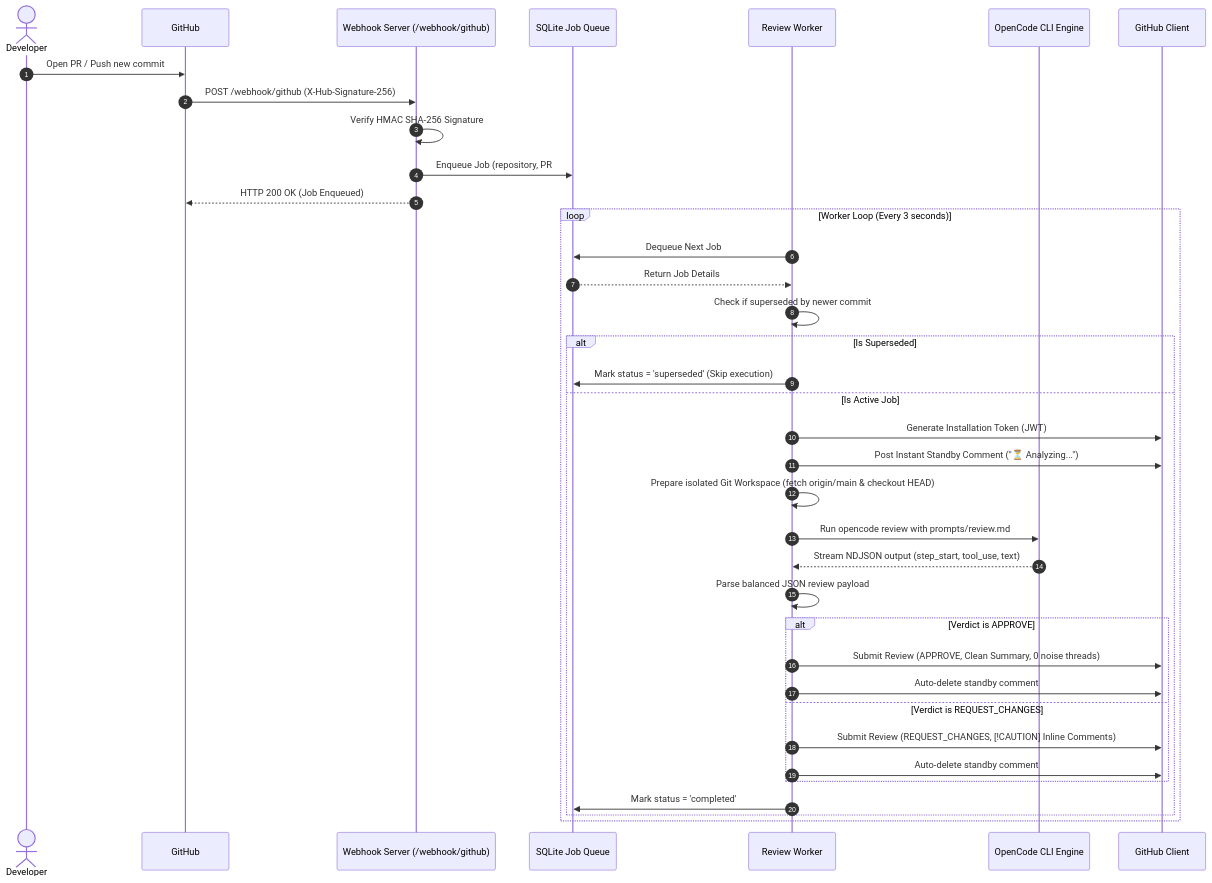
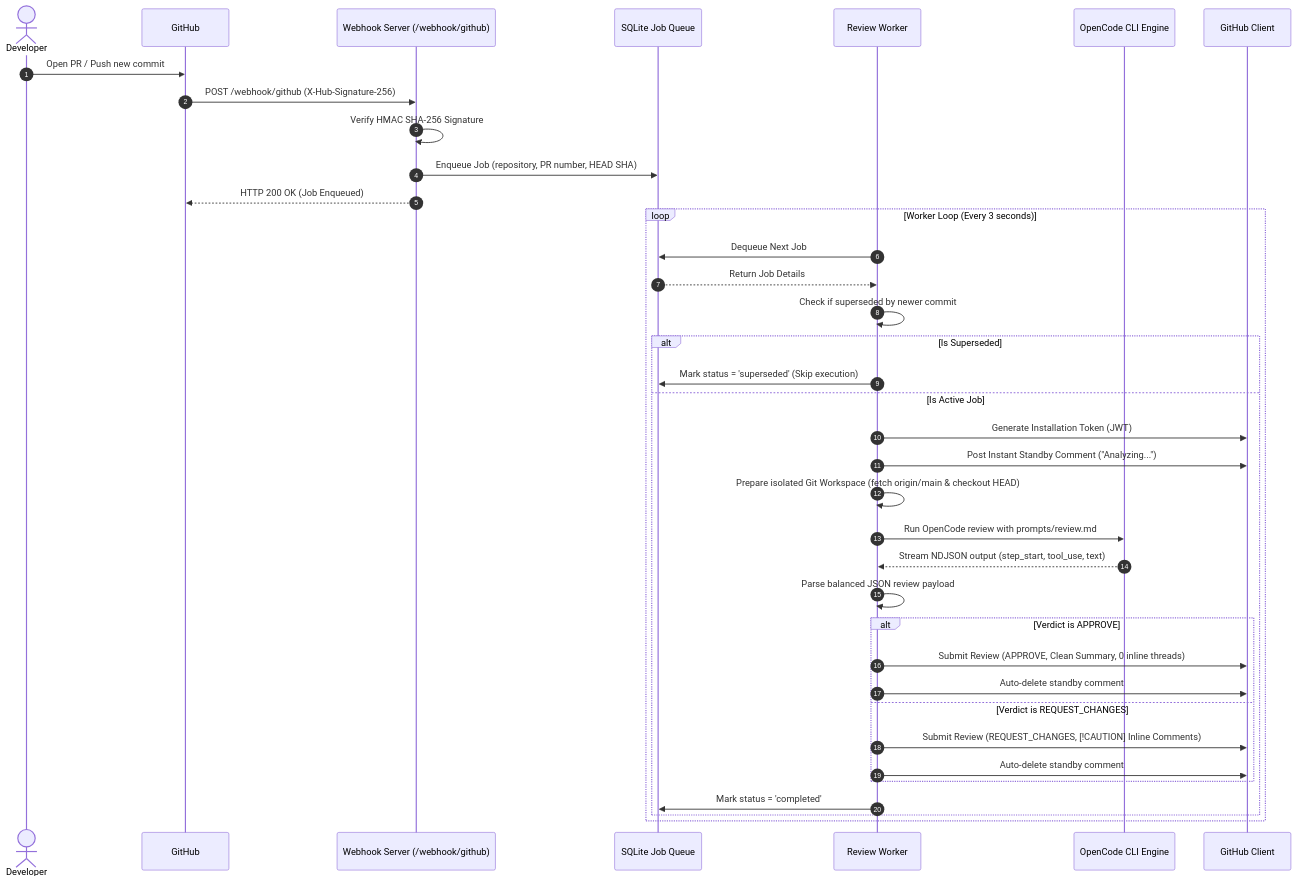
Before and after one commit to ardiannurcahya/opencode-pr-review: the second of 2 diagrams in docs/architecture-and-workflow.md, drawn with Mermaid. The commit also changed other lines of this file and 4 other files, not shown here.

````diff
--- a/docs/architecture-and-workflow.md
+++ b/docs/architecture-and-workflow.md
@@ -43,43 +43,43 @@
 ```mermaid
 sequenceDiagram
     autonumber
     actor Developer
     participant GitHub as GitHub
     participant Server as Webhook Server (/webhook/github)
     participant DB as SQLite Job Queue
     participant Worker as Review Worker
     participant Engine as OpenCode CLI Engine
     participant Client as GitHub Client
 
     Developer->>GitHub: Open PR / Push new commit
     GitHub->>Server: POST /webhook/github (X-Hub-Signature-256)
     Server->>Server: Verify HMAC SHA-256 Signature
-    Server->>DB: Enqueue Job (repository, PR#, HEAD SHA)
+    Server->>DB: Enqueue Job (repository, PR number, HEAD SHA)
     Server-->>GitHub: HTTP 200 OK (Job Enqueued)
 
     loop Worker Loop (Every 3 seconds)
         Worker->>DB: Dequeue Next Job
         DB-->>Worker: Return Job Details
         Worker->>Worker: Check if superseded by newer commit
         alt Is Superseded
             Worker->>DB: Mark status = 'superseded' (Skip execution)
         else Is Active Job
             Worker->>Client: Generate Installation Token (JWT)
-            Worker->>Client: Post Instant Standby Comment ("⏳ Analyzing...")
+            Worker->>Client: Post Instant Standby Comment ("Analyzing...")
             Worker->>Worker: Prepare isolated Git Workspace (fetch origin/main & checkout HEAD)
-            Worker->>Engine: Run opencode review with prompts/review.md
+            Worker->>Engine: Run OpenCode review with prompts/review.md
             Engine-->>Worker: Stream NDJSON output (step_start, tool_use, text)
             Worker->>Worker: Parse balanced JSON review payload
             
             alt Verdict is APPROVE
-                Worker->>Client: Submit Review (APPROVE, Clean Summary, 0 noise threads)
+                Worker->>Client: Submit Review (APPROVE, Clean Summary, 0 inline threads)
                 Worker->>Client: Auto-delete standby comment
             else Verdict is REQUEST_CHANGES
                 Worker->>Client: Submit Review (REQUEST_CHANGES, [!CAUTION] Inline Comments)
                 Worker->>Client: Auto-delete standby comment
             end
             
             Worker->>DB: Mark status = 'completed'
         end
     end
 ```
````
